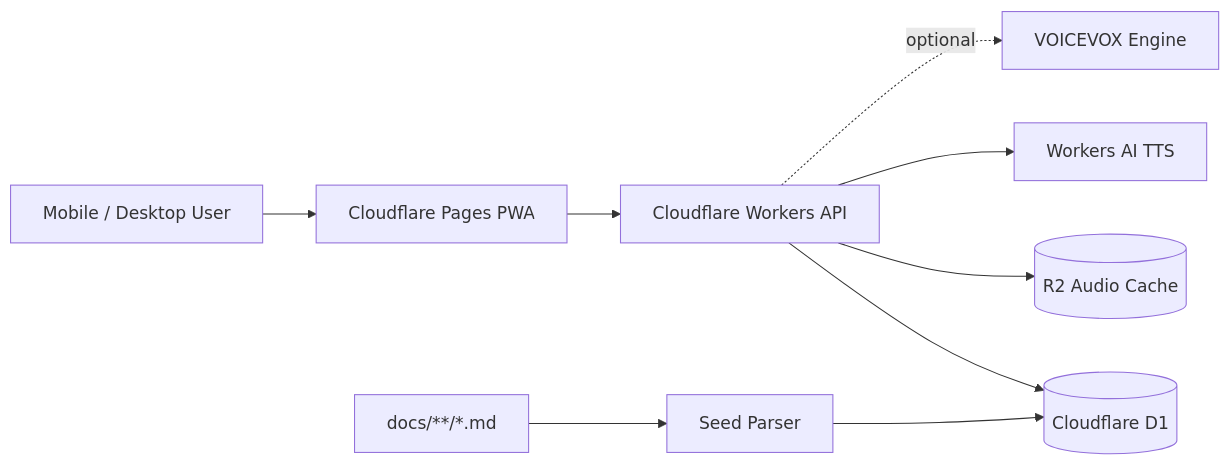
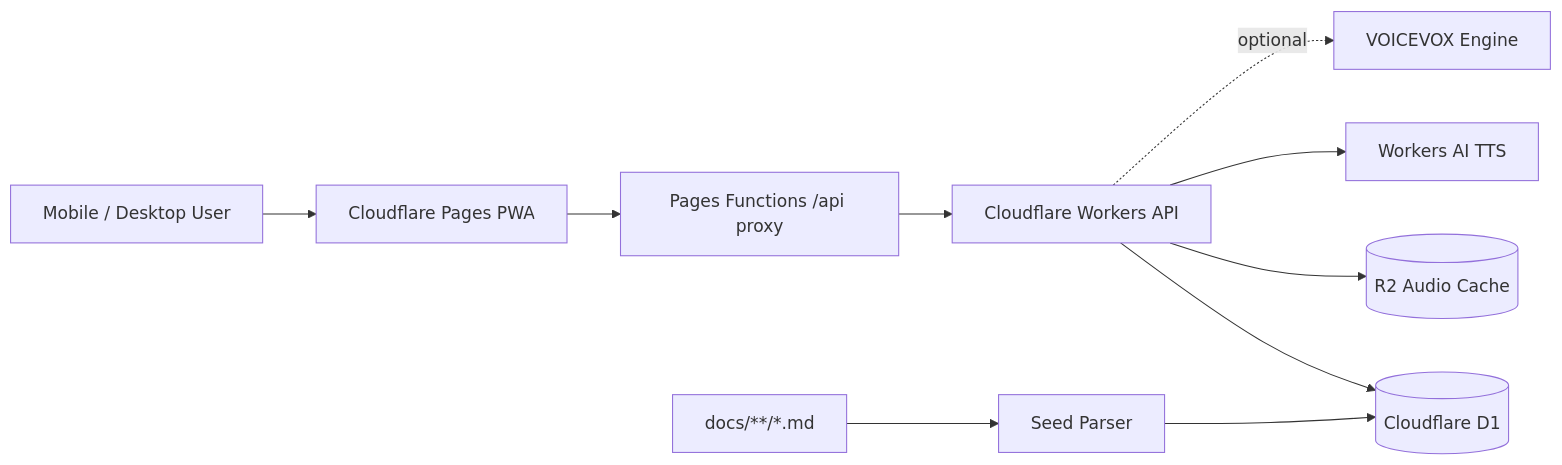
The diagram in README.md (kordokrip/JLPT), drawn with Mermaid before and after one commit. The commit also changed other lines of this file, not shown here.

````diff
--- a/README.md
+++ b/README.md
@@ -47,11 +88,12 @@
 ```mermaid
 flowchart LR
   User[Mobile / Desktop User] --> Web[Cloudflare Pages PWA]
-  Web --> API[Cloudflare Workers API]
+  Web --> Proxy[Pages Functions /api proxy]
+  Proxy --> API[Cloudflare Workers API]
   API --> D1[(Cloudflare D1)]
   API --> R2[(R2 Audio Cache)]
   API --> AI[Workers AI TTS]
   API -. optional .-> Voicevox[VOICEVOX Engine]
   Docs[docs/**/*.md] --> Seed[Seed Parser]
   Seed --> D1
 ```
````
